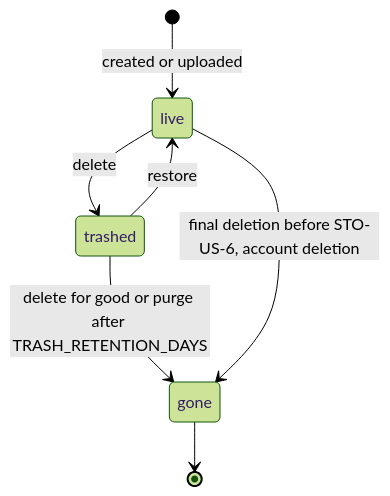
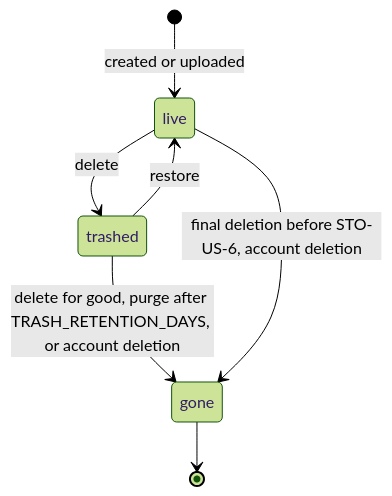
Before and after one commit to trutscf1/ITP: the third of 3 diagrams in gam-ai-knowledge/concepts/storage-core.md, drawn with Mermaid (forest theme). The commit also changed other lines of this file and 5 other files, not shown here.

````diff
--- a/gam-ai-knowledge/concepts/storage-core.md
+++ b/gam-ai-knowledge/concepts/storage-core.md
@@ -898,9 +935,9 @@
 ```mermaid
 stateDiagram-v2
     [*] --> live: created or uploaded
     live --> trashed: delete
     trashed --> live: restore
-    trashed --> gone: delete for good or purge after TRASH_RETENTION_DAYS
+    trashed --> gone: delete for good, purge after TRASH_RETENTION_DAYS, or account deletion
     live --> gone: final deletion before STO-US-6, account deletion
     gone --> [*]
 ```
````
